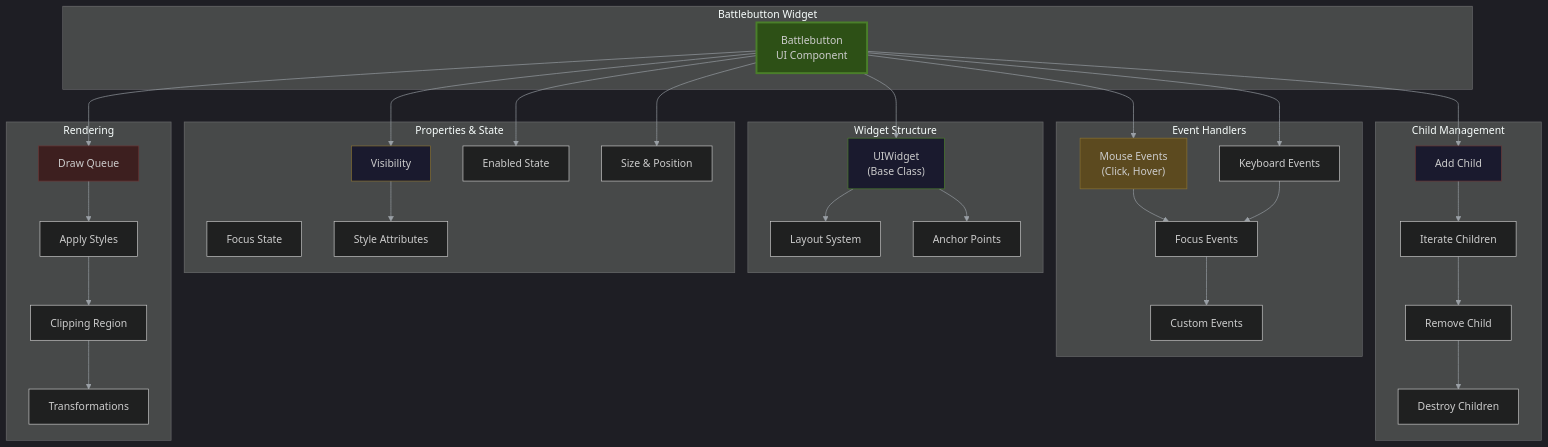
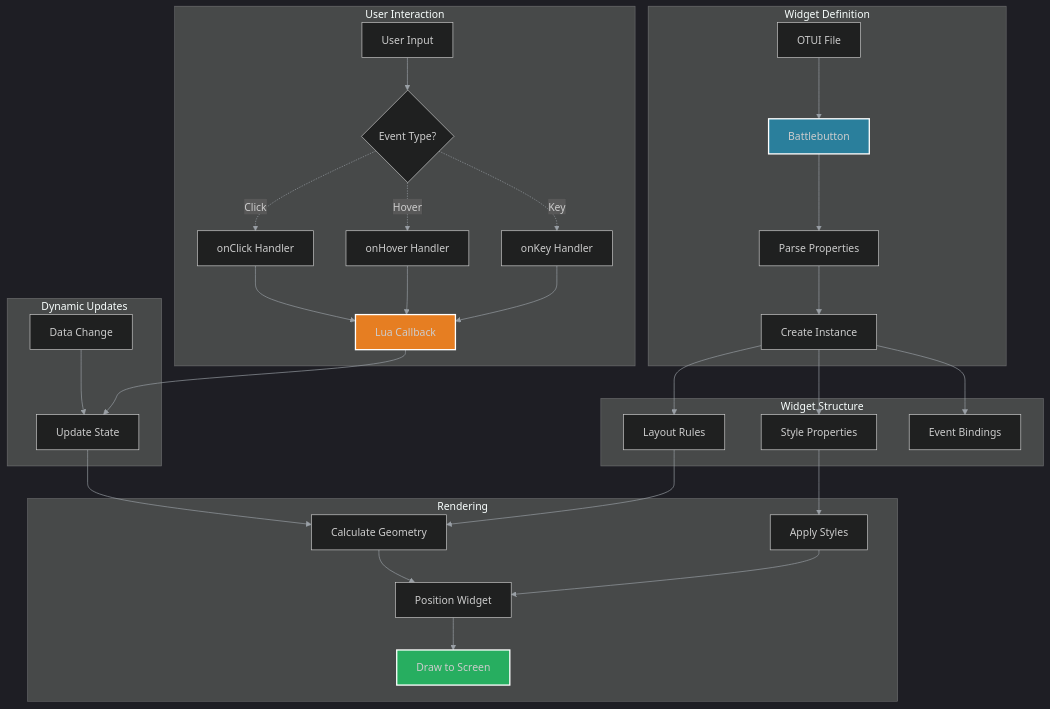
Before and after one commit to lukaszj321/otcv8-dev: the diagram in docs/authoring/04_ui/otui/diagrams/battlebutton.mmd, drawn with Mermaid. The commit also changed 222 other files, not shown here.

Commit message:
refactor: convert all diagrams to conceptual flow format - no truncation, context-focused

```diff
--- a/docs/authoring/04_ui/otui/diagrams/battlebutton.mmd
+++ b/docs/authoring/04_ui/otui/diagrams/battlebutton.mmd
@@ -1,72 +1,41 @@
 %%{init: {'theme':'dark','themeVariables': {'primaryTextColor':'#ddd','lineColor':'#9aa0a6'},'securityLevel':'loose'}}%%
-graph TB
-    subgraph Widget["Battlebutton Widget"]
-        W["Battlebutton<br/>UI Component"]
+graph TD
+    subgraph Definition["Widget Definition"]
+        A[OTUI File] --> B[Battlebutton]
+        B --> C[Parse Properties]
+        C --> D[Create Instance]
     end
-    
+
     subgraph Structure["Widget Structure"]
-        BASE["UIWidget<br/>(Base Class)"]
-        LAYOUT["Layout System"]
-        ANCHORS["Anchor Points"]
+        D --> E[Layout Rules]
+        D --> F[Style Properties]
+        D --> G[Event Bindings]
     end
-    
-    subgraph Properties["Properties & State"]
-        VISIBLE["Visibility"]
-        ENABLED["Enabled State"]
-        FOCUS["Focus State"]
-        SIZE["Size & Position"]
-        STYLE["Style Attributes"]
+
+    subgraph Rendering["Rendering"]
+        E --> H[Calculate Geometry]
+        F --> I[Apply Styles]
+        H --> J[Position Widget]
+        I --> J
+        J --> K[Draw to Screen]
     end
-    
-    subgraph Events["Event Handlers"]
-        MOUSE["Mouse Events<br/>(Click, Hover)"]
-        KEYBOARD["Keyboard Events"]
-        FOCUS_EV["Focus Events"]
-        CUSTOM["Custom Events"]
+
+    subgraph Interaction["User Interaction"]
+        L[User Input] --> M{Event Type?}
+        M -.Click.-> N[onClick Handler]
+        M -.Hover.-> O[onHover Handler]
+        M -.Key.-> P[onKey Handler]
+        N --> Q[Lua Callback]
+        O --> Q
+        P --> Q
     end
-    
-    subgraph Children["Child Management"]
-        ADD["Add Child"]
-        REMOVE["Remove Child"]
-        ITERATE["Iterate Children"]
-        DESTROY["Destroy Children"]
+
+    subgraph Updates["Dynamic Updates"]
+        Q --> R[Update State]
+        R --> H
+        S[Data Change] --> R
     end
-    
-    subgraph Rendering["Rendering"]
-        DRAW["Draw Queue"]
-        STYLE_RENDER["Apply Styles"]
-        CLIP["Clipping Region"]
-        TRANSFORM["Transformations"]
-    end
-    
-    W --> BASE
-    BASE --> LAYOUT
-    BASE --> ANCHORS
-    
-    W --> VISIBLE
-    W --> ENABLED
-    W --> SIZE
-    VISIBLE --> STYLE
-    
-    W --> MOUSE
-    W --> KEYBOARD
-    MOUSE --> FOCUS_EV
-    KEYBOARD --> FOCUS_EV
-    FOCUS_EV --> CUSTOM
-    
-    W --> ADD
-    ADD --> ITERATE
-    ITERATE --> REMOVE
-    REMOVE --> DESTROY
-    
-    W --> DRAW
-    DRAW --> STYLE_RENDER
-    STYLE_RENDER --> CLIP
-    CLIP --> TRANSFORM
-    
-    style W fill:#2d5016,stroke:#4a7f2a,stroke-width:3px
-    style BASE fill:#1a1a2e,stroke:#4a7f2a
-    style VISIBLE fill:#1a1a2e,stroke:#8b7332
-    style MOUSE fill:#5c4a1f,stroke:#8b7332
-    style ADD fill:#1a1a2e,stroke:#6b3535
-    style DRAW fill:#3d1f1f,stroke:#6b3535
+
+    style B fill:#2a7f9c,stroke:#fff,stroke-width:2px
+    style K fill:#27ae60,stroke:#fff,stroke-width:2px
+    style Q fill:#e67e22,stroke:#fff,stroke-width:2px
```
